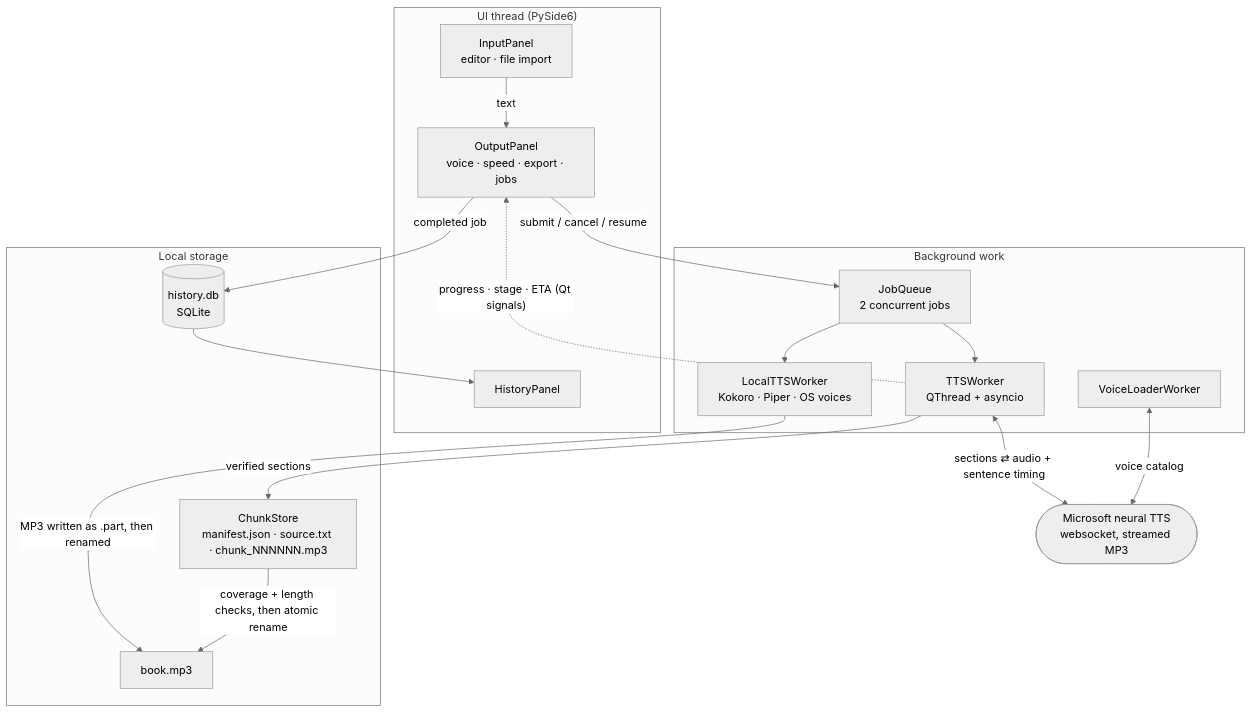
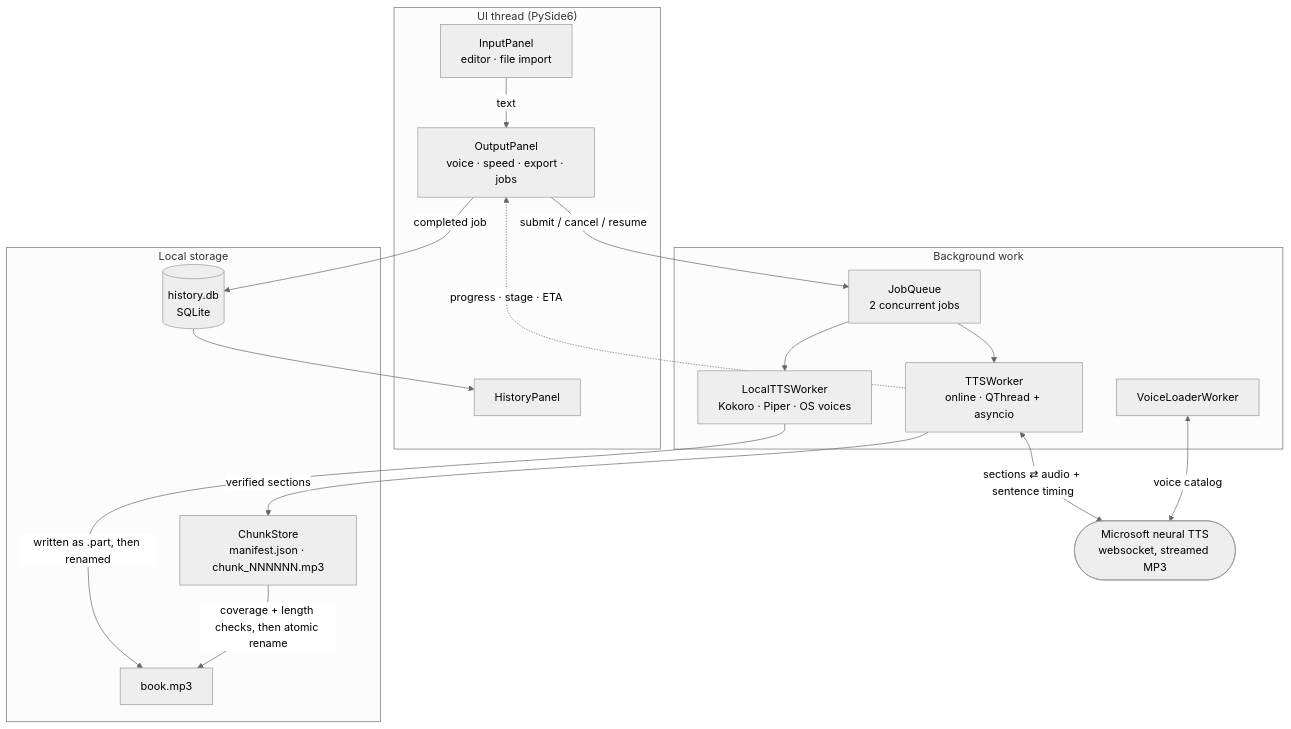
One commit to VijaysinghPuwar/setuptts changed the first of 2 diagrams in README.md. Above: the diagram before and after it, drawn with Mermaid (neutral theme). The commit also changed other lines of this file and 5 other files, not shown here.

````diff
--- a/README.md
+++ b/README.md
@@ -75,36 +102,36 @@
 ```mermaid
 flowchart TB
     subgraph UI["UI thread (PySide6)"]
         IP["InputPanel<br/>editor · file import"]
         OP["OutputPanel<br/>voice · speed · export · jobs"]
         HP["HistoryPanel"]
     end
 
     subgraph Jobs["Background work"]
         JQ["JobQueue<br/>2 concurrent jobs"]
-        W["TTSWorker<br/>QThread + asyncio"]
+        W["TTSWorker<br/>online · QThread + asyncio"]
         LW["LocalTTSWorker<br/>Kokoro · Piper · OS voices"]
         VL["VoiceLoaderWorker"]
     end
 
     subgraph Disk["Local storage"]
-        CS["ChunkStore<br/>manifest.json · source.txt · chunk_NNNNNN.mp3"]
+        CS["ChunkStore<br/>manifest.json · chunk_NNNNNN.mp3"]
         DB[("history.db<br/>SQLite")]
         OUT["book.mp3"]
     end
 
     SVC(["Microsoft neural TTS<br/>websocket, streamed MP3"])
 
     IP -- text --> OP
     OP -- submit / cancel / resume --> JQ
     JQ --> W
     JQ --> LW
-    LW -- "MP3 written as .part, then renamed" --> OUT
+    LW -- "written as .part, then renamed" --> OUT
     W <-->|"sections ⇄ audio + sentence timing"| SVC
     VL <-->|"voice catalog"| SVC
     W -- verified sections --> CS
     CS -- "coverage + length checks, then atomic rename" --> OUT
-    W -.->|"progress · stage · ETA (Qt signals)"| OP
+    W -.->|"progress · stage · ETA"| OP
     OP -- completed job --> DB
     DB --> HP
 ```
````
